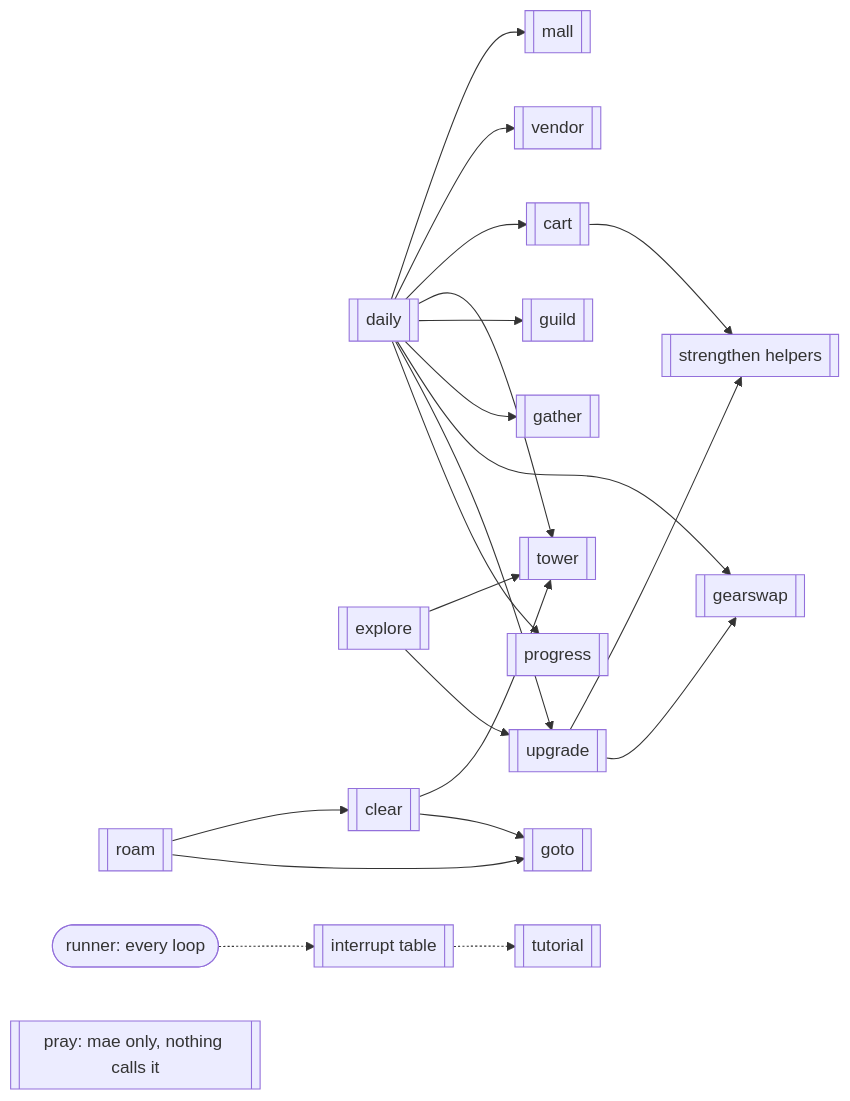
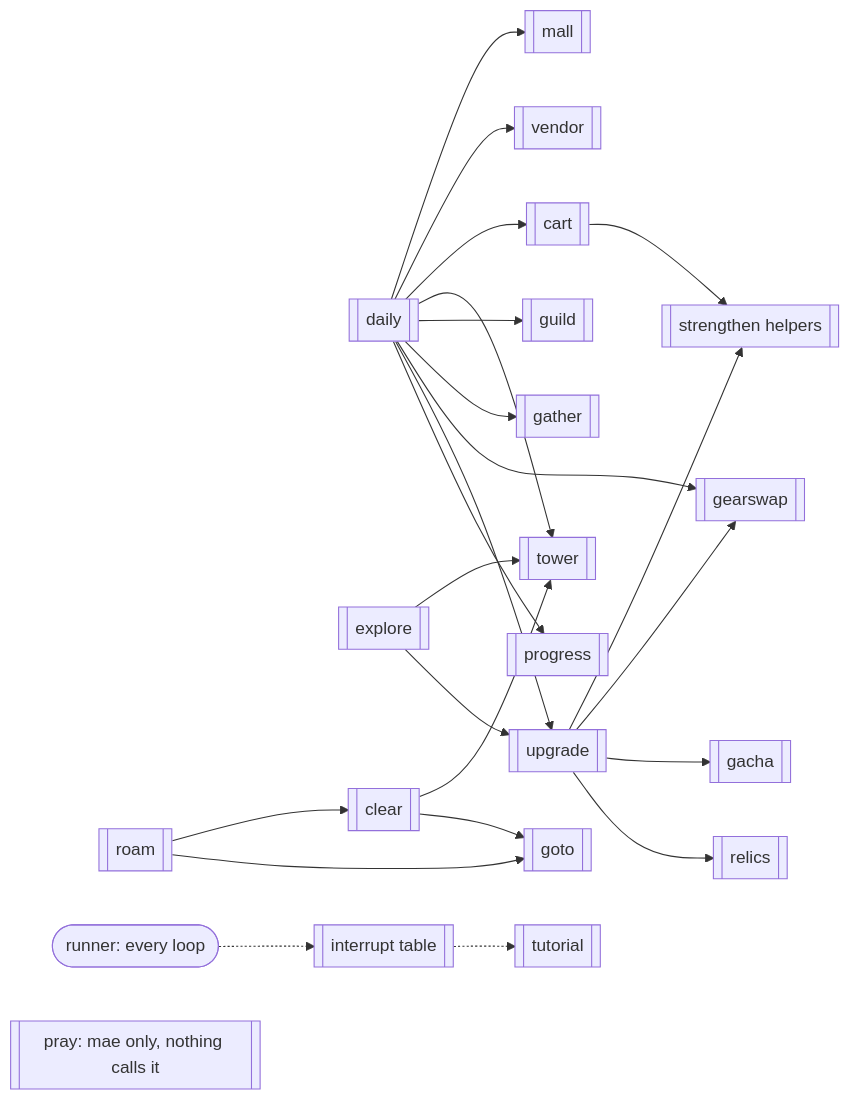
One commit to Sun-flow/sxs-agent changed the second of 2 diagrams in docs/loops/README.md. Above: the diagram before and after it, drawn with Mermaid. The commit also changed other lines of this file and 24 other files, not shown here.

````diff
--- a/docs/loops/README.md
+++ b/docs/loops/README.md
@@ -55,24 +56,26 @@
 ```mermaid
 flowchart LR
     daily[["daily"]] --> mall[["mall"]]
     daily --> vendor[["vendor"]]
     daily --> cart[["cart"]]
     daily --> tower[["tower"]]
     daily --> guild[["guild"]]
     daily --> gather[["gather"]]
     daily --> gearswap[["gearswap"]]
     daily --> upgrade[["upgrade"]]
     daily --> progress[["progress"]]
     explore[["explore"]] --> tower
     explore --> upgrade
     roam[["roam"]] --> clear[["clear"]]
     roam --> goto[["goto"]]
     clear --> tower
     clear --> goto
     upgrade --> strengthen[["strengthen helpers"]]
     upgrade --> gearswap
+    upgrade --> gacha[["gacha"]]
+    upgrade --> relics[["relics"]]
     cart --> strengthen
     runner(["runner: every loop"]) -.-> interrupts[["interrupt table"]]
     interrupts -.-> tutorial[["tutorial"]]
     pray[["pray: mae only, nothing calls it"]]
 ```
````
